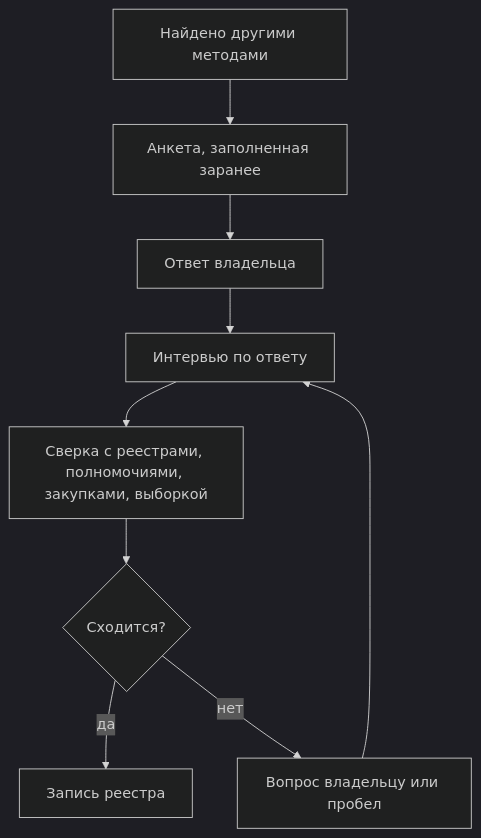
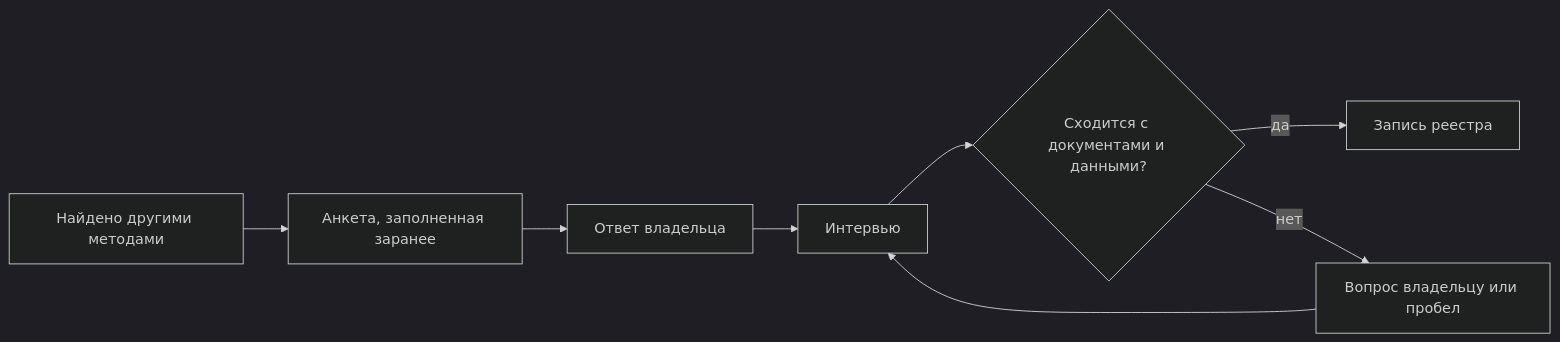
One commit to ivbeg/data-inventory changed the third of 3 diagrams in docs/03-process/04-questionnaires.md. Above: the diagram before and after it, drawn with Mermaid (dark theme). The commit also changed other lines of this file and 54 other files, not shown here.

````diff
--- a/docs/03-process/04-questionnaires.md
+++ b/docs/03-process/04-questionnaires.md
@@ -20,11 +213,10 @@
 ```mermaid
-flowchart TB
+flowchart LR
   F["Найдено другими методами"] --> P["Анкета, заполненная заранее"]
   P --> A["Ответ владельца"]
-  A --> I["Интервью по ответу"]
-  I --> C["Сверка с реестрами, полномочиями, закупками, выборкой"]
-  C --> D{"Сходится?"}
-  D -- да --> R["Запись реестра"]
-  D -- нет --> Q["Вопрос владельцу или пробел"]
+  A --> I["Интервью"]
+  I --> C{"Сходится с документами и данными?"}
+  C -- да --> R["Запись реестра"]
+  C -- нет --> Q["Вопрос владельцу или пробел"]
   Q --> I
 ```
````
